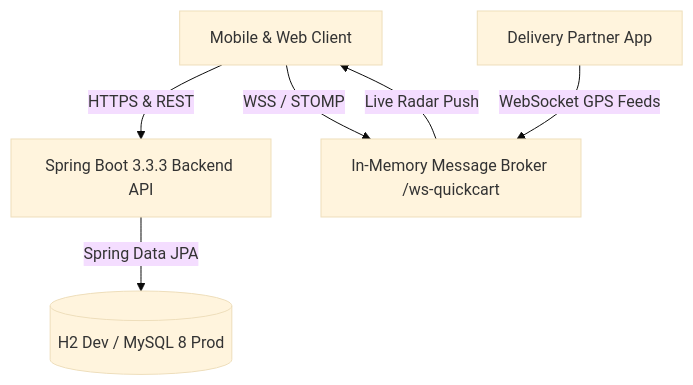
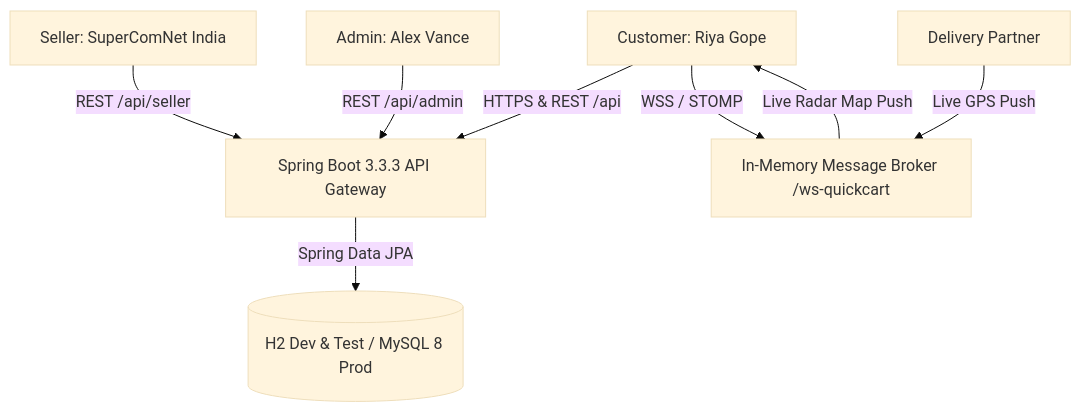
The diagram in README.md (riya292100/new), drawn with Mermaid (base theme) before and after one commit. The commit also changed other lines of this file, not shown here.

Commit message:
docs: update README with comprehensive Indian marketplace architecture and testing guide

````diff
--- a/README.md
+++ b/README.md
@@ -52,8 +44,10 @@
 ```mermaid
 graph TD
-  User[Mobile & Web Client] -->|HTTPS & REST| SpringBoot[Spring Boot 3.3.3 Backend API]
-  User -->|WSS / STOMP| STOMPBroker[In-Memory Message Broker /ws-quickcart]
-  SpringBoot -->|Spring Data JPA| Database[(H2 Dev / MySQL 8 Prod)]
-  Driver[Delivery Partner App] -->|WebSocket GPS Feeds| STOMPBroker
-  STOMPBroker -->|Live Radar Push| User
+  Customer[Customer: Riya Gope] -->|HTTPS & REST /api| SpringBoot[Spring Boot 3.3.3 API Gateway]
+  Seller[Seller: SuperComNet India] -->|REST /api/seller| SpringBoot
+  Admin[Admin: Alex Vance] -->|REST /api/admin| SpringBoot
+  Customer -->|WSS / STOMP| STOMPBroker[In-Memory Message Broker /ws-quickcart]
+  SpringBoot -->|Spring Data JPA| Database[(H2 Dev & Test / MySQL 8 Prod)]
+  Driver[Delivery Partner] -->|Live GPS Push| STOMPBroker
+  STOMPBroker -->|Live Radar Map Push| Customer
 ```
````
